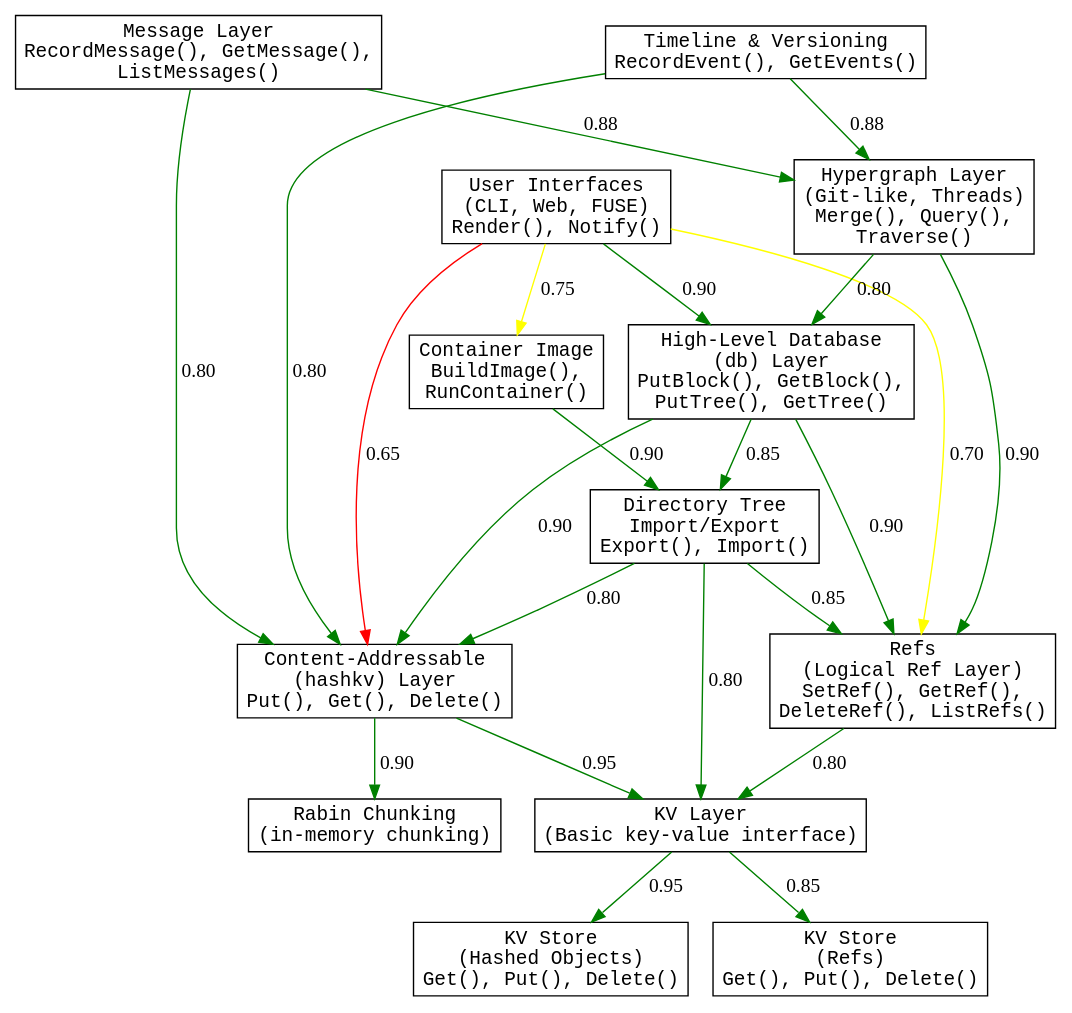
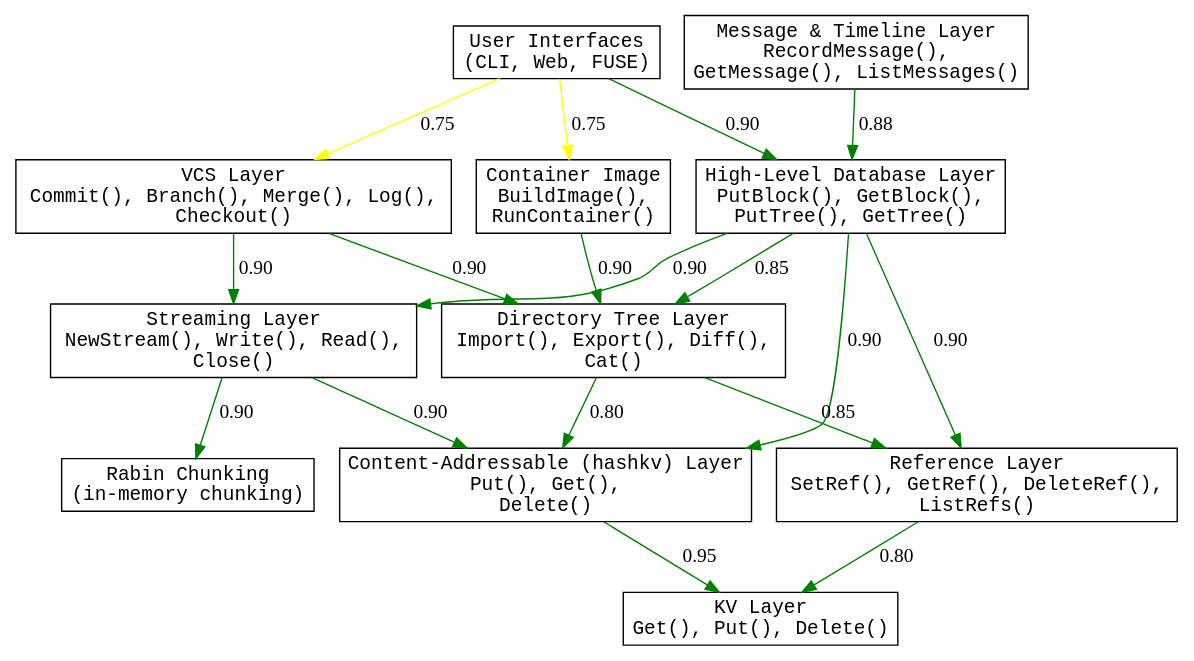
The diagram in x/layers.dot (stevegt/promisebase), drawn with Graphviz before and after one commit. The commit also changed 3 other files, not shown here.

First line of the commit message:
Update layered architecture: dot files & markdown

```diff
--- a/x/layers.dot
+++ b/x/layers.dot
@@ -1,58 +1,46 @@
-/* This graph illustrates the layered architecture for Promisebase.
-Each node represents a module or layer and edges indicate flows. */
+/* This graph illustrates the layered architecture for
+Promisebase. Each node represents a module or layer and edges
+indicate flows. */
 digraph Layers {
   rankdir=TB;
   node [shape=box, style=filled, fillcolor=white,
     fontname="monospace"];
 
-  UI [label="User Interfaces\n(CLI, Web, FUSE)\nRender(), Notify()"];
-  Message [label="Message Layer\nRecordMessage(), GetMessage(),\nListMessages()"];
-  Timeline [label="Timeline & Versioning\nRecordEvent(), GetEvents()"];
-  HGraph [label="Hypergraph Layer\n(Git-like, Threads)\nMerge(), Query(),\nTraverse()"];
-  DB [label="High-Level Database\n(db) Layer\nPutBlock(), GetBlock(),\nPutTree(), GetTree()"];
-  Refs [label="Refs\n(Logical Ref Layer)\nSetRef(), GetRef(),\nDeleteRef(), ListRefs()"];
-  HashKV [label="Content-Addressable\n(hashkv) Layer\nPut(), Get(), Delete()"];
+  UI [label="User Interfaces\n(CLI, Web, FUSE)"];
+  MsgTimeline [label="Message & Timeline Layer\nRecordMessage(), 
+GetMessage(), ListMessages()"];
+  VCS [label="VCS Layer\nCommit(), Branch(), Merge(), Log(), 
+Checkout()"];
+  DB [label="High-Level Database Layer\nPutBlock(), GetBlock(), 
+PutTree(), GetTree()"];
+  DirTree [label="Directory Tree Layer\nImport(), Export(), Diff(), 
+Cat()"];
+  Stream [label="Streaming Layer\nNewStream(), Write(), Read(), 
+Close()"];
+  Refs [label="Reference Layer\nSetRef(), GetRef(), DeleteRef(), 
+ListRefs()"];
+  HashKV [label="Content-Addressable (hashkv) Layer\nPut(), Get(), 
+Delete()"];
+  KV [label="KV Layer\nGet(), Put(), Delete()"];
   Rabin [label="Rabin Chunking\n(in-memory chunking)"];
-  kv [label="KV Layer\n(Basic key-value interface)"];
-  KV_Hashed [label="KV Store\n(Hashed Objects)\nGet(), Put(), Delete()"];
-  KV_Refs [label="KV Store\n(Refs)\nGet(), Put(), Delete()"];
-  DirTree [label="Directory Tree\nImport/Export\nExport(), Import()"];
-  ContainerImage [label="Container Image\nBuildImage(),\nRunContainer()"];
+  ContainerImage [label="Container Image\nBuildImage(), 
+RunContainer()"];
 
-  // Primary flows from multiple roots.
   UI -> DB [label="0.90", color="green"];
-  Message -> HGraph [label="0.88", color="green"];
-  Timeline -> HGraph [label="0.88", color="green"];
-  HGraph -> DB [label="0.80", color="green"];
-
-  // Alternative connections from roots.
-  UI -> HashKV [label="0.65", color="red"];
-  Message -> HashKV [label="0.80", color="green"];
-  Timeline -> HashKV [label="0.80", color="green"];
-  UI -> Refs [label="0.70", color="yellow"];
-
-  // Ref integration via storage backend.
-  HGraph -> Refs [label="0.90", color="green"];
-
-  // High-level DB flows.
+  UI -> VCS [label="0.75", color="yellow"];
+  UI -> ContainerImage [label="0.75", color="yellow"];
+  MsgTimeline -> DB [label="0.88", color="green"];
+  DB -> Stream [label="0.90", color="green"];
+  DB -> DirTree [label="0.85", color="green"];
+  DB -> Refs [label="0.90", color="green"];
   DB -> HashKV [label="0.90", color="green"];
-  DB -> Refs [label="0.90", color="green"];
-
-  // Rabin chunking is placed above KV layer.
-  HashKV -> Rabin [label="0.90", color="green"];
-  HashKV -> kv [label="0.95", color="green"];
-  kv -> KV_Hashed [label="0.95", color="green"];
-  kv -> KV_Refs [label="0.85", color="green"];
-
-  // Directory tree module integrates with several layers.
-  DB -> DirTree [label="0.85", color="green"];
-  DirTree -> kv [label="0.80", color="green"];
+  VCS -> DirTree [label="0.90", color="green"];
+  VCS -> Stream [label="0.90", color="green"];
   DirTree -> HashKV [label="0.80", color="green"];
   DirTree -> Refs [label="0.85", color="green"];
-
-  // Container image layer as an alternative UI leaf.
-  UI -> ContainerImage [label="0.75", color="yellow"];
+  Stream -> HashKV [label="0.90", color="green"];
+  Stream -> Rabin [label="0.90", color="green"];
+  HashKV -> KV [label="0.95", color="green"];
+  Refs -> KV [label="0.80", color="green"];
   ContainerImage -> DirTree [label="0.90", color="green"];
-
-  Refs -> kv [label="0.80", color="green"];
 }
```
